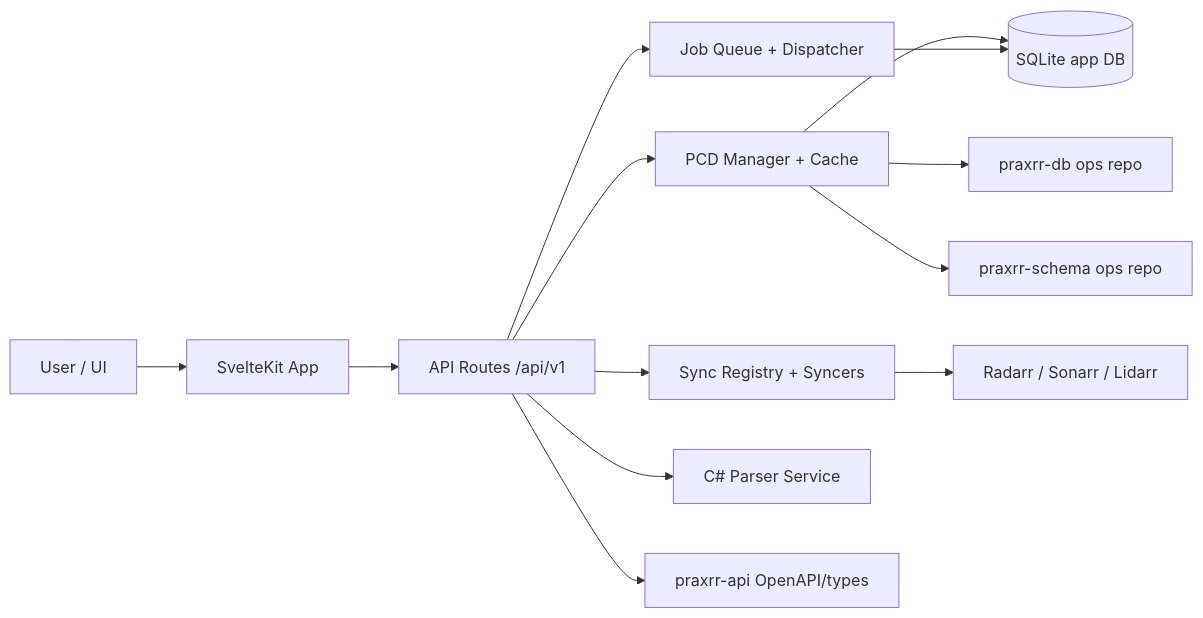
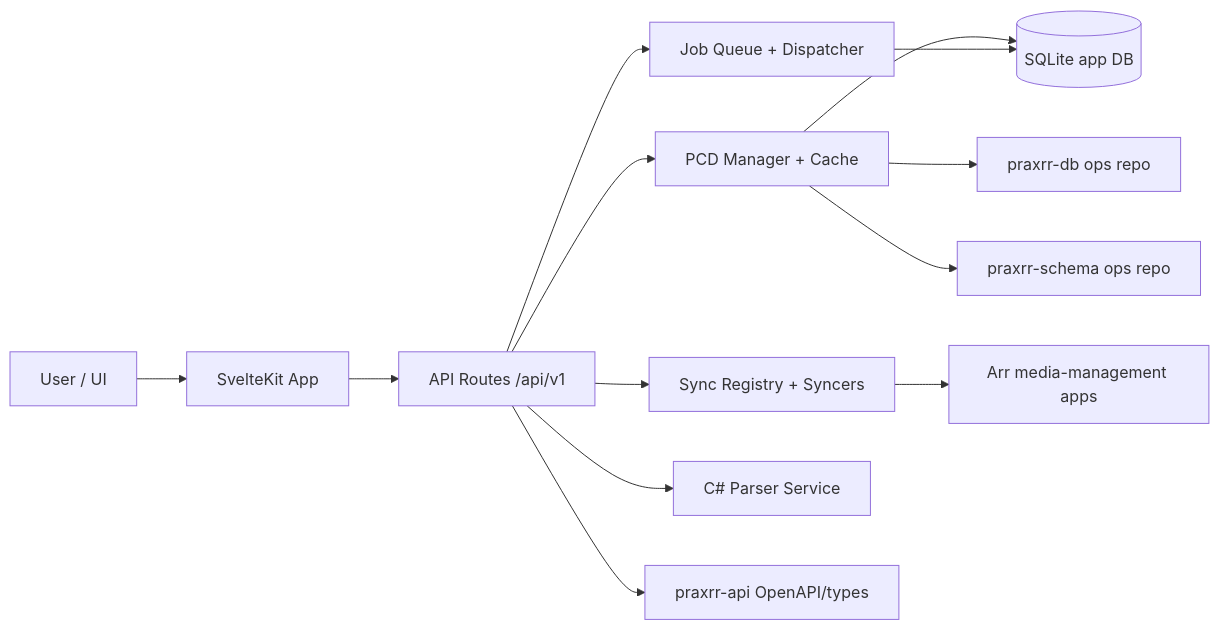
One commit to yandy-r/praxrr changed the diagram in docs/architecture/overview.md. Above: the diagram before and after it, drawn with Mermaid. The commit also changed 5 other files, not shown here.

Commit message:
docs: generalize architecture and guide terminology

````diff
--- a/docs/architecture/overview.md
+++ b/docs/architecture/overview.md
@@ -9,15 +9,15 @@
 ```mermaid
 flowchart LR
     User[User / UI] --> App[SvelteKit App]
     App --> API[API Routes /api/v1]
     API --> PCD[PCD Manager + Cache]
     API --> Sync[Sync Registry + Syncers]
     API --> Jobs[Job Queue + Dispatcher]
     PCD --> SQLite[(SQLite app DB)]
     Jobs --> SQLite
-    Sync --> Arr[Radarr / Sonarr / Lidarr]
+    Sync --> Arr[Arr media-management apps]
     API --> Parser[C# Parser Service]
     PCD --> DBPkg[praxrr-db ops repo]
     PCD --> SchemaPkg[praxrr-schema ops repo]
     API --> APIPkg[praxrr-api OpenAPI/types]
 ```
````
